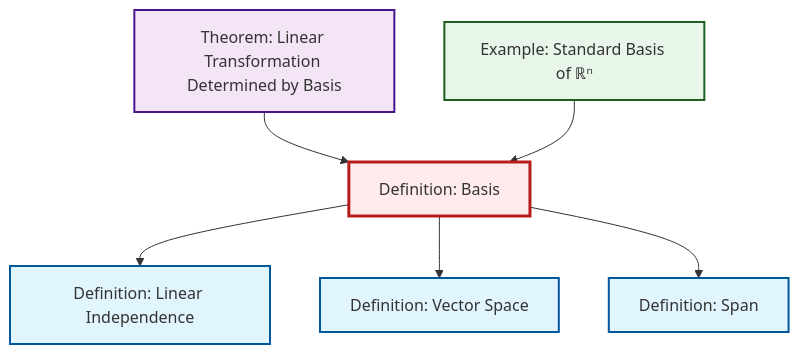
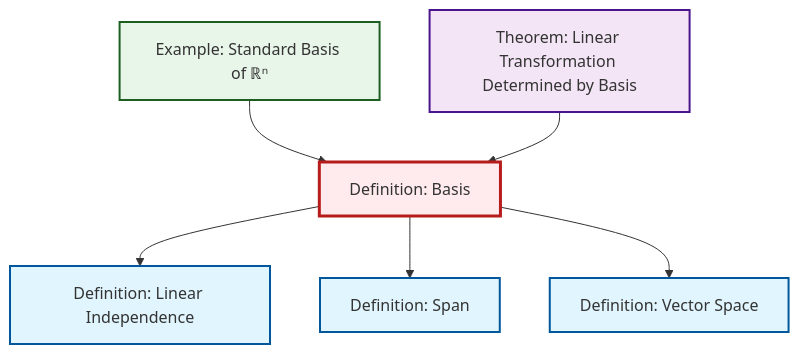
The diagram in content/en/algebra/def-basis.qmd (RK0429/ModernMath), drawn with Mermaid before and after one commit. The commit also changed other lines of this file and 530 other files, not shown here.

````diff
--- a/content/en/algebra/def-basis.qmd
+++ b/content/en/algebra/def-basis.qmd
@@ -48,26 +48,26 @@
 ```{mermaid}
 %%| fig-cap: "Local dependency graph"
 graph TD
     classDef definition fill:#e1f5fe,stroke:#01579b,stroke-width:2px
     classDef theorem fill:#f3e5f5,stroke:#4a148c,stroke-width:2px
     classDef axiom fill:#fff3e0,stroke:#e65100,stroke-width:2px
     classDef example fill:#e8f5e9,stroke:#1b5e20,stroke-width:2px
     classDef current fill:#ffebee,stroke:#b71c1c,stroke-width:3px
+    ex-standard-basis-rn["Example: Standard Basis of ℝⁿ"]:::example
+    def-basis["Definition: Basis"]:::definition
+    thm-linear-transformation-basis["Theorem: Linear Transformation Determined by Basis"]:::theorem
+    def-linear-independence["Definition: Linear Independence"]:::definition
+    def-span["Definition: Span"]:::definition
     def-vector-space["Definition: Vector Space"]:::definition
-    def-span["Definition: Span"]:::definition
-    def-linear-independence["Definition: Linear Independence"]:::definition
-    ex-standard-basis-rn["Example: Standard Basis of ℝⁿ"]:::example
-    thm-linear-transformation-basis["Theorem: Linear Transformation Determined by Basis"]:::theorem
-    def-basis["Definition: Basis"]:::definition
+    ex-standard-basis-rn --> def-basis
+    def-basis --> def-linear-independence
+    def-basis --> def-span
+    def-basis --> def-vector-space
     thm-linear-transformation-basis --> def-basis
-    def-basis --> def-linear-independence
-    def-basis --> def-vector-space
-    def-basis --> def-span
-    ex-standard-basis-rn --> def-basis
     class def-basis current
-    click def-vector-space "def-vector-space.html" "Go to Vector Space definition"
-    click def-span "def-span.html" "Go to Span definition"
-    click def-linear-independence "def-linear-independence.html" "Go to Linear Independence definition"
     click ex-standard-basis-rn "ex-standard-basis-rn.html" "Go to Standard Basis of ℝⁿ example"
     click thm-linear-transformation-basis "thm-linear-transformation-basis.html" "Go to Linear Transformation Determined by Basis theorem"
+    click def-linear-independence "def-linear-independence.html" "Go to Linear Independence definition"
+    click def-span "def-span.html" "Go to Span definition"
+    click def-vector-space "def-vector-space.html" "Go to Vector Space definition"
 ```
````
